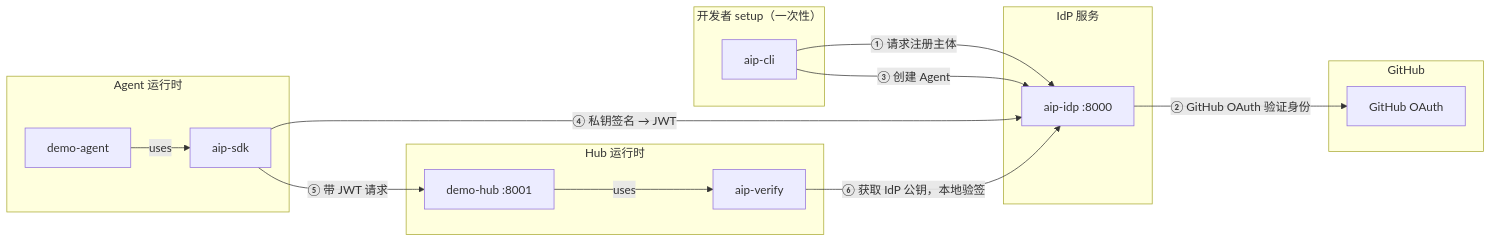
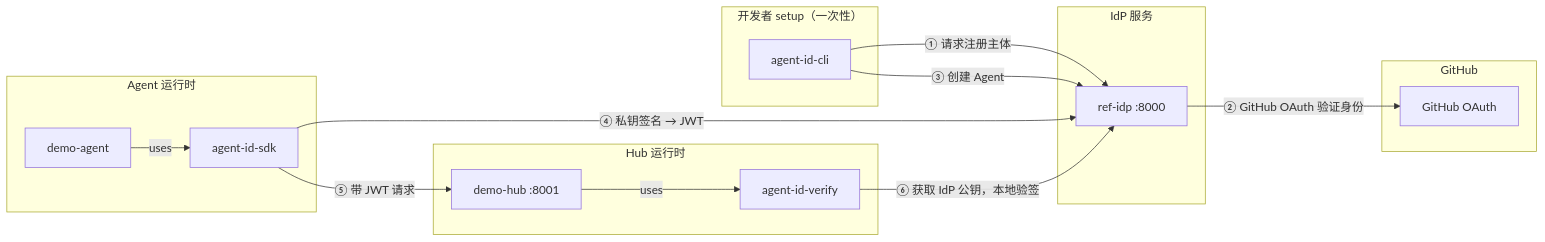
Before and after one commit to agentscope-ai/agent-identity: the diagram in examples/README.md, drawn with Mermaid. The commit also changed other lines of this file and 67 other files, not shown here.

````diff
--- a/examples/README.md
+++ b/examples/README.md
@@ -5,29 +5,29 @@
 ```mermaid
 graph LR
     subgraph "开发者 setup（一次性）"
-        CLI["aip-cli"]
+        CLI["agent-id-cli"]
     end
 
     subgraph "IdP 服务"
-        IDP["aip-idp :8000"]
+        IDP["ref-idp :8000"]
     end
 
     subgraph "GitHub"
         GH["GitHub OAuth"]
     end
 
     subgraph "Agent 运行时"
-        AGENT["demo-agent"] -->|uses| SDK["aip-sdk"]
+        AGENT["demo-agent"] -->|uses| SDK["agent-id-sdk"]
     end
 
     subgraph "Hub 运行时"
-        HUB["demo-hub :8001"] -->|uses| VERIFY["aip-verify"]
+        HUB["demo-hub :8001"] -->|uses| VERIFY["agent-id-verify"]
     end
 
     CLI -->|"① 请求注册主体"| IDP
     IDP -->|"② GitHub OAuth 验证身份"| GH
     CLI -->|"③ 创建 Agent"| IDP
     SDK -->|"④ 私钥签名 → JWT"| IDP
     SDK -->|"⑤ 带 JWT 请求"| HUB
     VERIFY -->|"⑥ 获取 IdP 公钥，本地验签"| IDP
 ```
````
